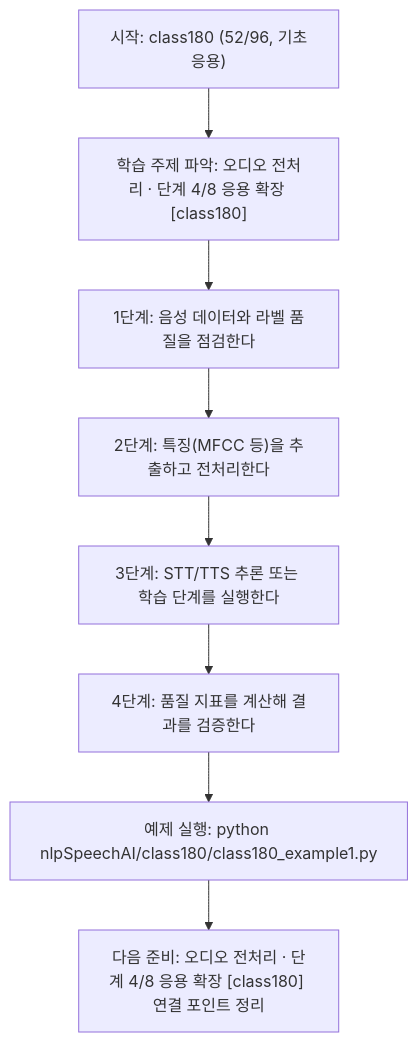
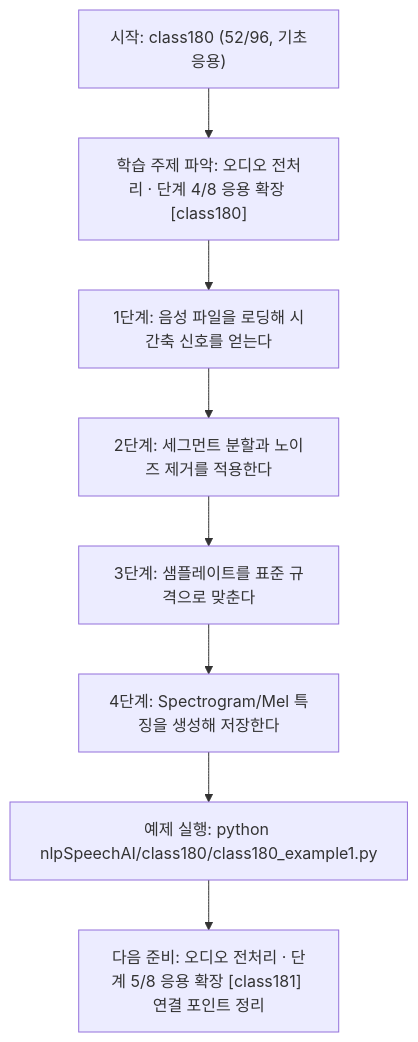
One commit to edumgt/Python-AI_Agent-Class changed the diagram in nlpSpeechAI/class180/class180.md. Above: the diagram before and after it, drawn with Mermaid. The commit also changed other lines of this file and 1122 other files, not shown here.

````diff
--- a/nlpSpeechAI/class180/class180.md
+++ b/nlpSpeechAI/class180/class180.md
@@ -113,18 +95,18 @@
 ```mermaid
 flowchart TD
 N1["시작: class180 (52/96, 기초응용)"]
 N2["학습 주제 파악: 오디오 전처리 · 단계 4/8 응용 확장 [class180]"]
-N3["1단계: 음성 데이터와 라벨 품질을 점검한다"]
-N4["2단계: 특징(MFCC 등)을 추출하고 전처리한다"]
-N5["3단계: STT/TTS 추론 또는 학습 단계를 실행한다"]
-N6["4단계: 품질 지표를 계산해 결과를 검증한다"]
+N3["1단계: 음성 파일을 로딩해 시간축 신호를 얻는다"]
+N4["2단계: 세그먼트 분할과 노이즈 제거를 적용한다"]
+N5["3단계: 샘플레이트를 표준 규격으로 맞춘다"]
+N6["4단계: Spectrogram/Mel 특징을 생성해 저장한다"]
 N7["예제 실행: python nlpSpeechAI/class180/class180_example1.py"]
-N8["다음 준비: 오디오 전처리 · 단계 4/8 응용 확장 [class180] 연결 포인트 정리"]
+N8["다음 준비: 오디오 전처리 · 단계 5/8 응용 확장 [class181] 연결 포인트 정리"]
 N1 --> N2
 N2 --> N3
 N3 --> N4
 N4 --> N5
 N5 --> N6
 N6 --> N7
 N7 --> N8
 ```
````
